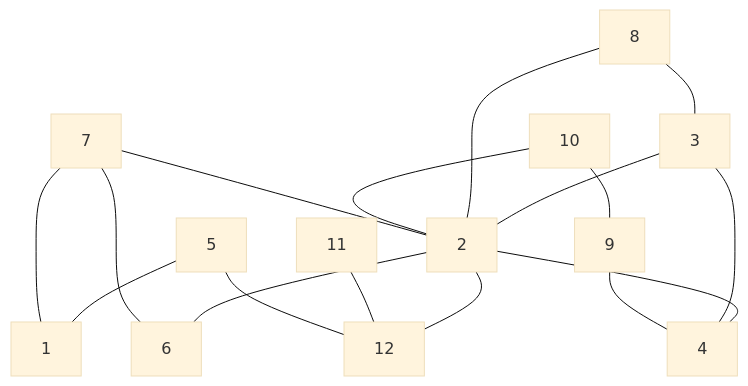
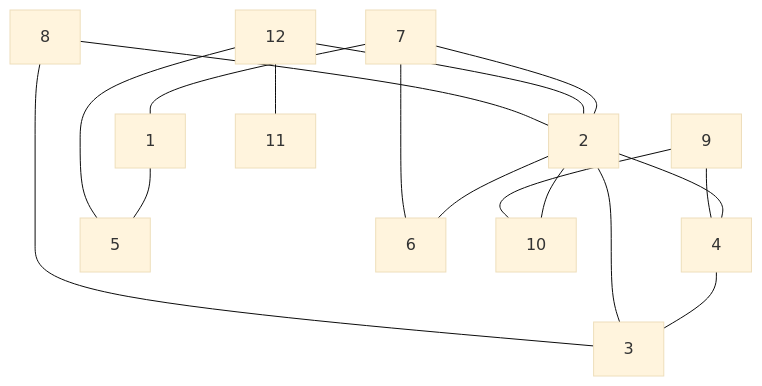
One commit to antononcube/Raku-Graph changed the diagram in README.md. Above: the diagram before and after it, drawn with Mermaid (base theme). The commit also changed other lines of this file and 1 other file, not shown here.

Commit message:
docs:Added links to implemented regular graphs.

````diff
--- a/README.md
+++ b/README.md
@@ -84,19 +84,19 @@
 ```mermaid
 graph TD
+8 --- 2
+8 --- 3
+12 --- 2
+12 --- 11
+12 --- 5
+7 --- 6
+7 --- 1
 7 --- 2
-7 --- 1
-7 --- 6
-5 --- 12
-5 --- 1
-10 --- 9
-10 --- 2
 9 --- 4
-8 --- 3
-8 --- 2
-3 --- 2
-3 --- 4
-11 --- 12
+9 --- 10
+2 --- 4
 2 --- 6
-2 --- 4
-2 --- 12
+2 --- 3
+2 --- 10
+1 --- 5
+4 --- 3
 ```
````
